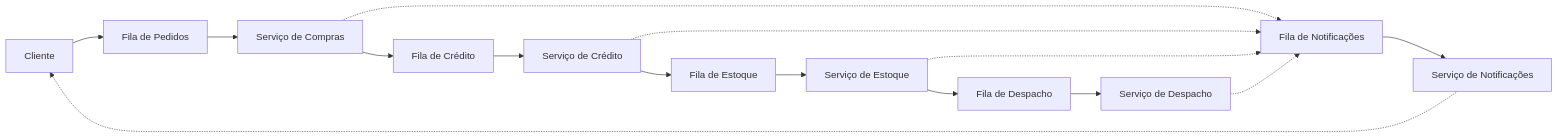
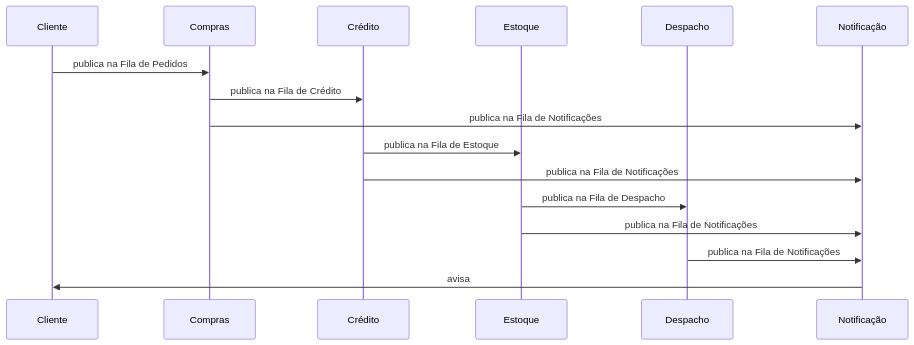
The first of 3 diagrams in docs/modulo-5-eventos/conceitos.md (marco-mendes/arquitetura-software), drawn with Mermaid before and after one commit. The commit also changed other lines of this file and 3 other files, not shown here.

First line of the commit message:
docs(mod5): define o estilo EDA, converte diagramas para sequência e reenquadra o caso LinkedIn

````diff
--- a/docs/modulo-5-eventos/conceitos.md
+++ b/docs/modulo-5-eventos/conceitos.md
@@ -19,17 +37,19 @@
 ```mermaid
-flowchart LR
-    CL[Cliente] --> FP[Fila de Pedidos]
-    FP --> SC[Serviço de Compras]
-    SC --> FCr[Fila de Crédito]
-    FCr --> SCr[Serviço de Crédito]
-    SCr --> FE[Fila de Estoque]
-    FE --> SE[Serviço de Estoque]
-    SE --> FD[Fila de Despacho]
-    FD --> SD[Serviço de Despacho]
-    SC -.-> FN[Fila de Notificações]
-    SCr -.-> FN
-    SE -.-> FN
-    SD -.-> FN
-    FN --> SN[Serviço de Notificações]
-    SN -.-> CL
+sequenceDiagram
+    participant CL as Cliente
+    participant SC as Compras
+    participant SCr as Crédito
+    participant SE as Estoque
+    participant SD as Despacho
+    participant SN as Notificação
+
+    CL->>SC: publica na Fila de Pedidos
+    SC->>SCr: publica na Fila de Crédito
+    SC->>SN: publica na Fila de Notificações
+    SCr->>SE: publica na Fila de Estoque
+    SCr->>SN: publica na Fila de Notificações
+    SE->>SD: publica na Fila de Despacho
+    SE->>SN: publica na Fila de Notificações
+    SD->>SN: publica na Fila de Notificações
+    SN->>CL: avisa
 ```
````
